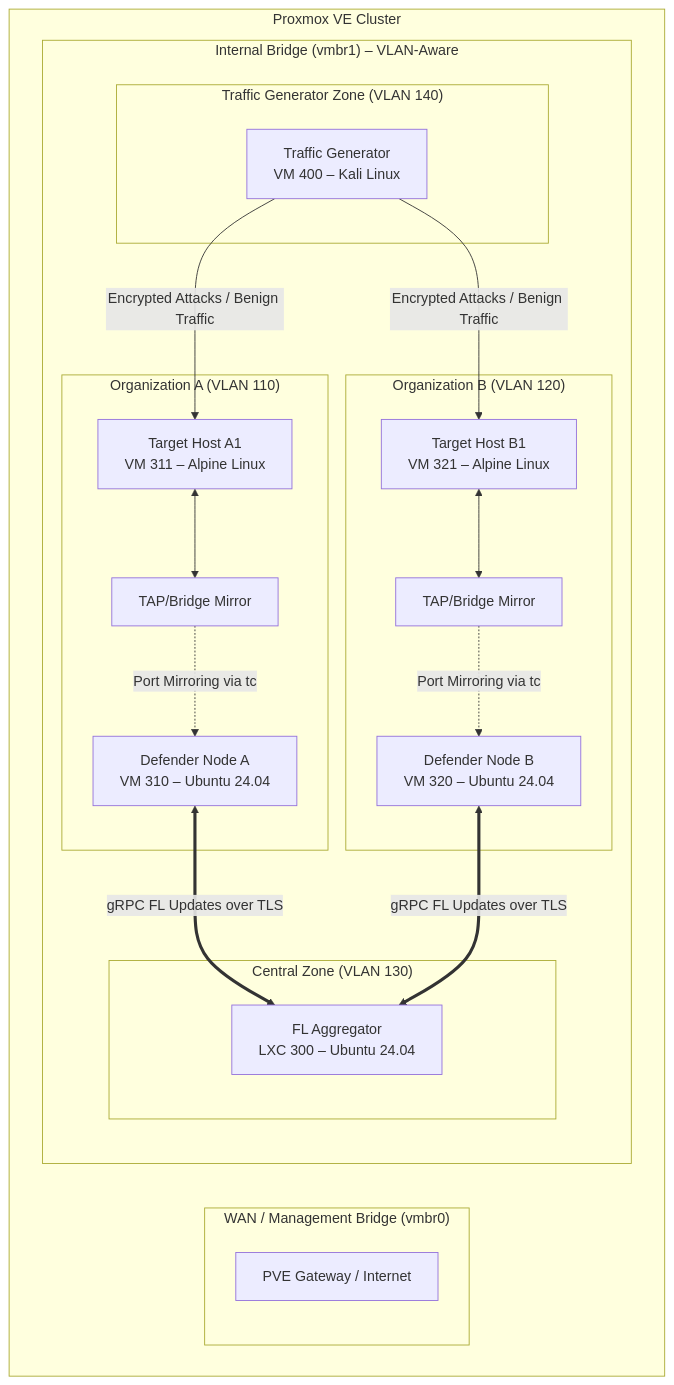
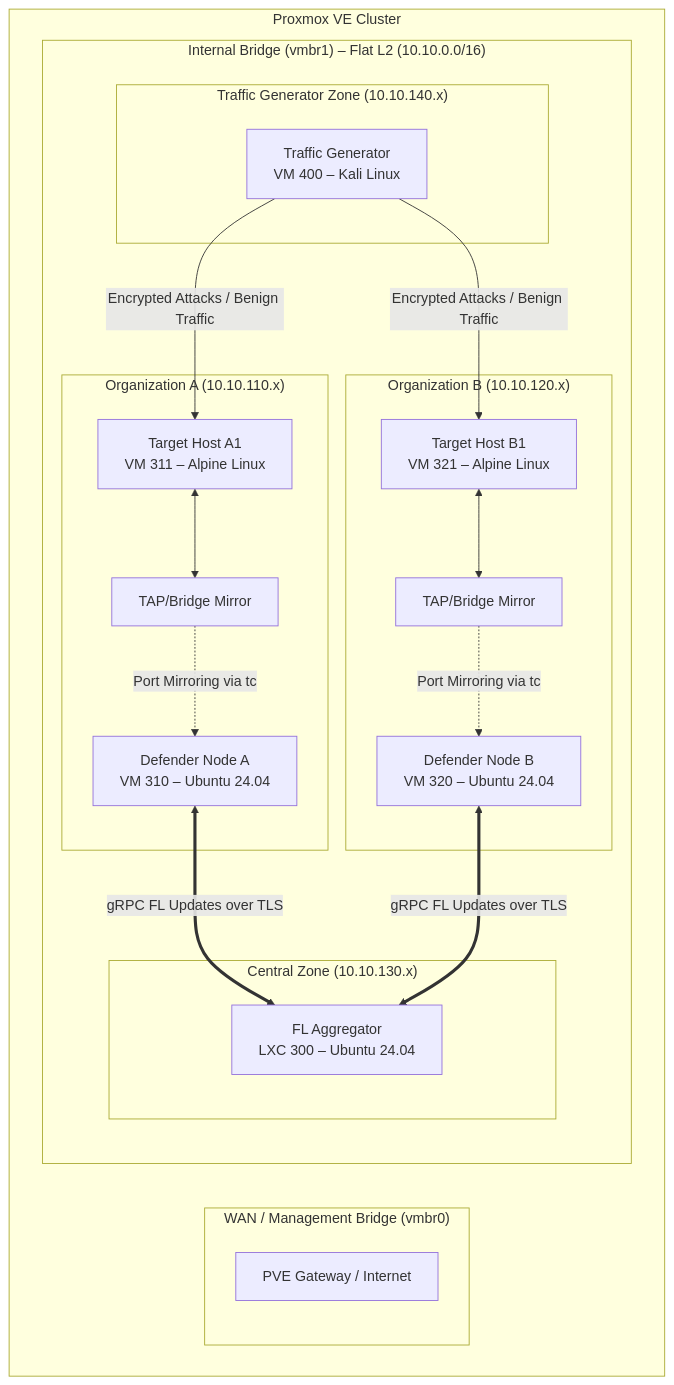
The diagram in docs/02_architecture.md (rhaffle87/fl-cl), drawn with Mermaid before and after one commit. The commit also changed other lines of this file and 19 other files, not shown here.

````diff
--- a/docs/02_architecture.md
+++ b/docs/02_architecture.md
@@ -22,42 +22,42 @@
 ```mermaid
 graph TD
     subgraph PVE_Cluster ["Proxmox VE Cluster"]
         subgraph WAN_Mgmt["WAN / Management Bridge (vmbr0)"]
             Router[PVE Gateway / Internet]
         end
 
-        subgraph SDN["Internal Bridge (vmbr1) – VLAN-Aware"]
-            subgraph CentralZone["Central Zone (VLAN 130)"]
+        subgraph SDN["Internal Bridge (vmbr1) – Flat L2 (10.10.0.0/16)"]
+            subgraph CentralZone["Central Zone (10.10.130.x)"]
                 Aggregator["FL Aggregator<br/>LXC 300 – Ubuntu 24.04"]
             end
             
-            subgraph OrgA["Organization A (VLAN 110)"]
+            subgraph OrgA["Organization A (10.10.110.x)"]
                 DefenderA["Defender Node A<br/>VM 310 – Ubuntu 24.04"]
                 TargetA["Target Host A1<br/>VM 311 – Alpine Linux"]
                 MirrorA["TAP/Bridge Mirror"]
             end
 
-            subgraph OrgB["Organization B (VLAN 120)"]
+            subgraph OrgB["Organization B (10.10.120.x)"]
                 DefenderB["Defender Node B<br/>VM 320 – Ubuntu 24.04"]
                 TargetB["Target Host B1<br/>VM 321 – Alpine Linux"]
                 MirrorB["TAP/Bridge Mirror"]
             end
             
-            subgraph TrafficZone["Traffic Generator Zone (VLAN 140)"]
+            subgraph TrafficZone["Traffic Generator Zone (10.10.140.x)"]
                 Attacker["Traffic Generator<br/>VM 400 – Kali Linux"]
             end
         end
     end
 
     Attacker -->|Encrypted Attacks / Benign Traffic| TargetA
     Attacker -->|Encrypted Attacks / Benign Traffic| TargetB
     
     TargetA <--> MirrorA
     TargetB <--> MirrorB
     
     MirrorA -.->|Port Mirroring via tc| DefenderA
     MirrorB -.->|Port Mirroring via tc| DefenderB
 
     DefenderA <==>|gRPC FL Updates over TLS| Aggregator
     DefenderB <==>|gRPC FL Updates over TLS| Aggregator
 ```
````
